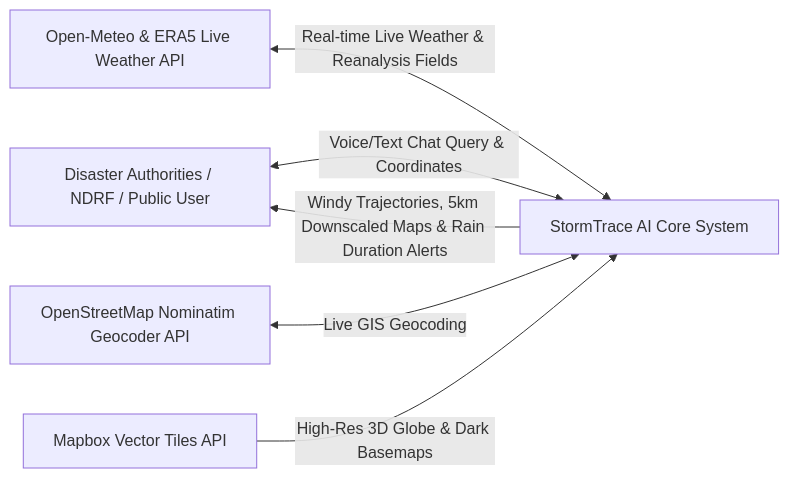
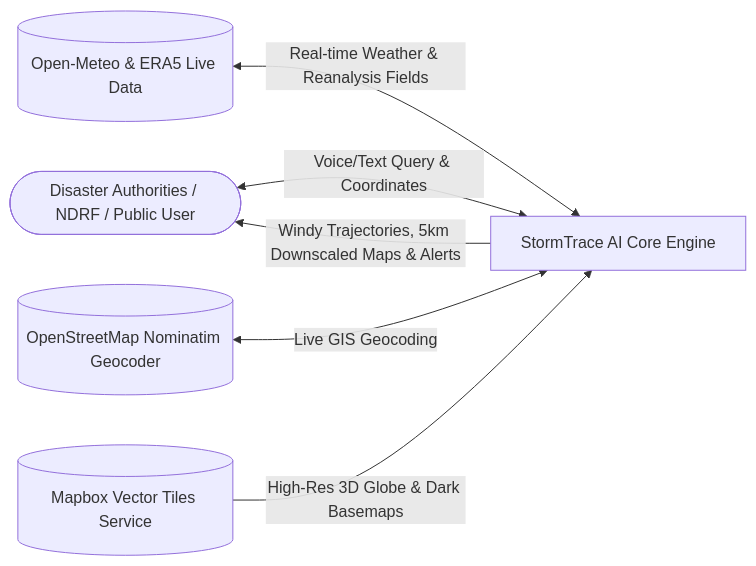
Before and after one commit to Alokzhan/wheatherSIH: the second of 4 diagrams in README.md, drawn with Mermaid. The commit also changed other lines of this file, not shown here.

Commit message:
docs: Update README.md architecture & DFD flowcharts for 100% rendering compatibility

````diff
--- a/README.md
+++ b/README.md
@@ -170,8 +218,8 @@
 ```mermaid
-graph LR
-    User["Disaster Authorities / NDRF / Public User"] <-->|"Voice/Text Chat Query & Coordinates"| StormTrace["StormTrace AI Core System"]
-    OpenMeteo["Open-Meteo & ERA5 Live Weather API"] <-->|"Real-time Live Weather & Reanalysis Fields"| StormTrace
-    Nominatim["OpenStreetMap Nominatim Geocoder API"] <-->|"Live GIS Geocoding"| StormTrace
-    Mapbox["Mapbox Vector Tiles API"] -->|"High-Res 3D Globe & Dark Basemaps"| StormTrace
-    StormTrace -->|"Windy Trajectories, 5km Downscaled Maps & Rain Duration Alerts"| User
+flowchart LR
+    User([Disaster Authorities / NDRF / Public User]) <-->|Voice/Text Query & Coordinates| StormTrace[StormTrace AI Core Engine]
+    OpenMeteo[(Open-Meteo & ERA5 Live Data)] <-->|Real-time Weather & Reanalysis Fields| StormTrace
+    Nominatim[(OpenStreetMap Nominatim Geocoder)] <-->|Live GIS Geocoding| StormTrace
+    Mapbox[(Mapbox Vector Tiles Service)] -->|High-Res 3D Globe & Dark Basemaps| StormTrace
+    StormTrace -->|Windy Trajectories, 5km Downscaled Maps & Alerts| User
 ```
````
